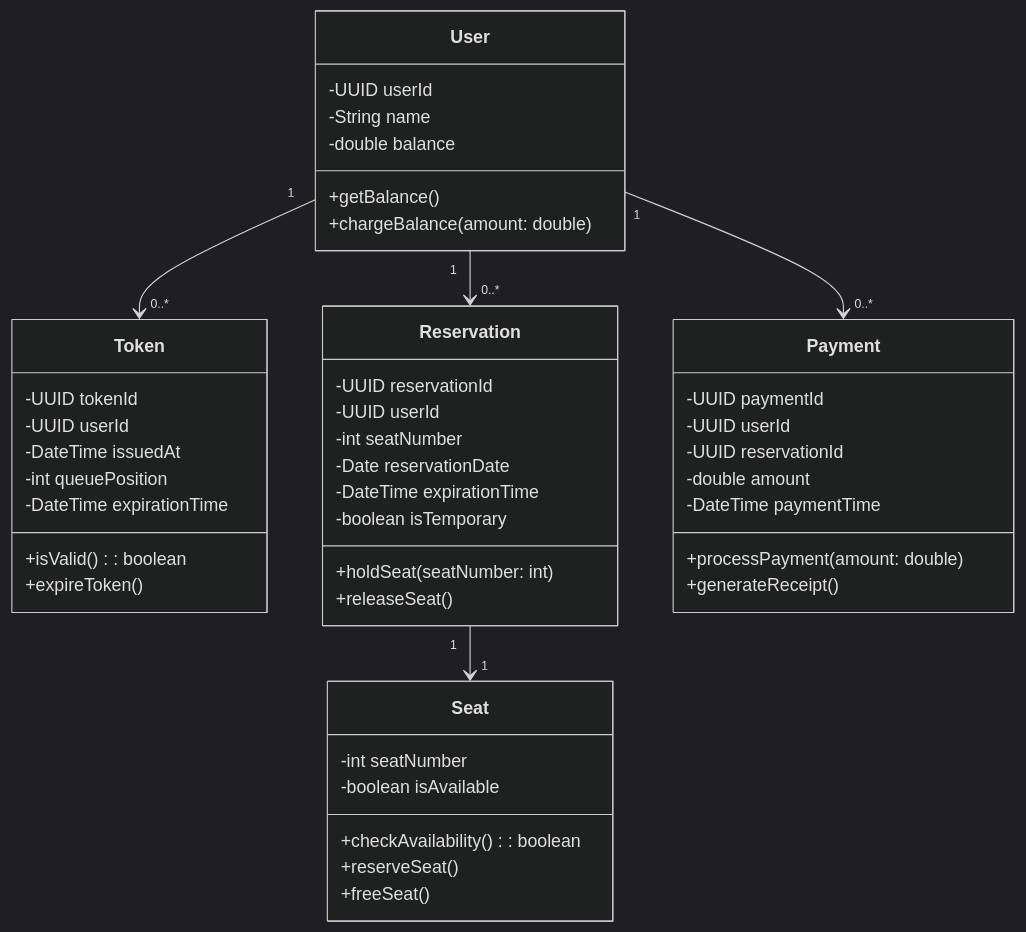
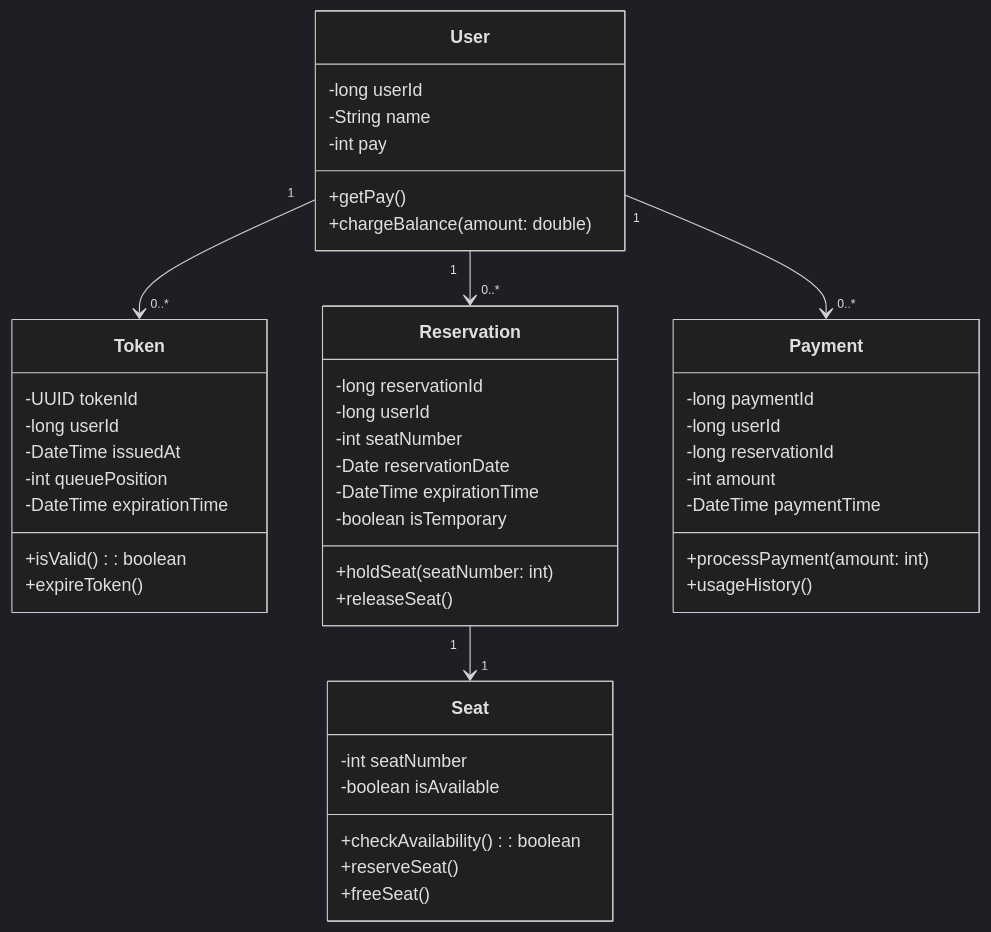
One commit to fatallinverno/hhplus-concert-reservation changed the second of 3 diagrams in README.md. Above: the diagram before and after it, drawn with Mermaid (dark theme). The commit also changed other lines of this file, not shown here.

Commit message:
클래스 다이어그램 수정

````diff
--- a/README.md
+++ b/README.md
@@ -36,54 +36,54 @@
 ```mermaid
 classDiagram
     class User {
-        -UUID userId
+        -long userId
         -String name
-        -double balance
-        +getBalance()
+        -int pay
+        +getPay()
         +chargeBalance(amount: double)
     }
     
     class Token {
         -UUID tokenId
-        -UUID userId
+        -long userId
         -DateTime issuedAt
         -int queuePosition
         -DateTime expirationTime
         +isValid(): boolean
         +expireToken()
     }
     
     class Reservation {
-        -UUID reservationId
-        -UUID userId
+        -long reservationId
+        -long userId
         -int seatNumber
         -Date reservationDate
         -DateTime expirationTime
         -boolean isTemporary
         +holdSeat(seatNumber: int)
         +releaseSeat()
     }
     
     class Payment {
-        -UUID paymentId
-        -UUID userId
-        -UUID reservationId
-        -double amount
+        -long paymentId
+        -long userId
+        -long reservationId
+        -int amount
         -DateTime paymentTime
-        +processPayment(amount: double)
-        +generateReceipt()
+        +processPayment(amount: int)
+        +usageHistory()
     }
     
     class Seat {
         -int seatNumber
         -boolean isAvailable
         +checkAvailability(): boolean
         +reserveSeat()
         +freeSeat()
     }
 
     User "1" --> "0..*" Token
     User "1" --> "0..*" Reservation
     User "1" --> "0..*" Payment
     Reservation "1" --> "1" Seat
 ```
````
